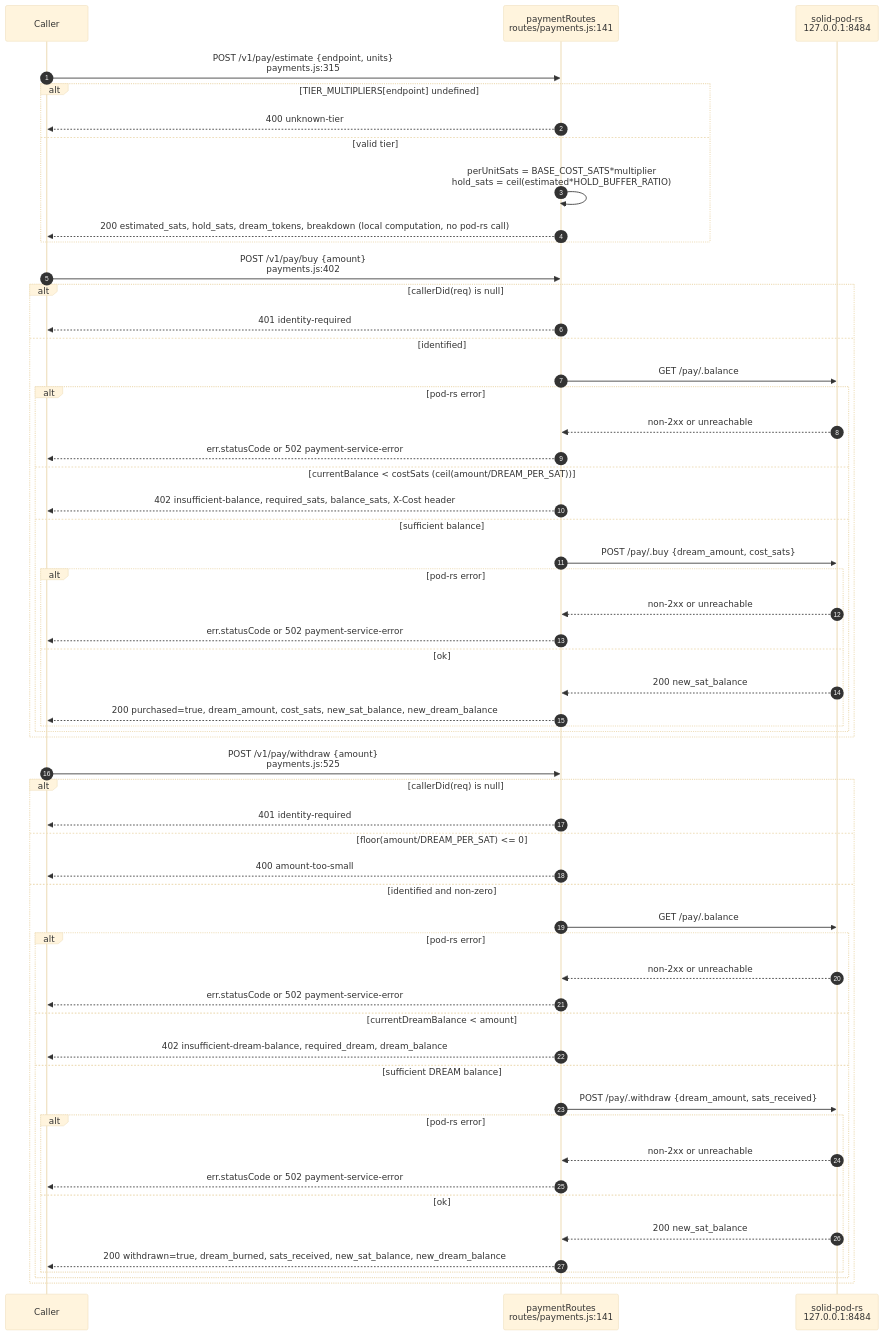
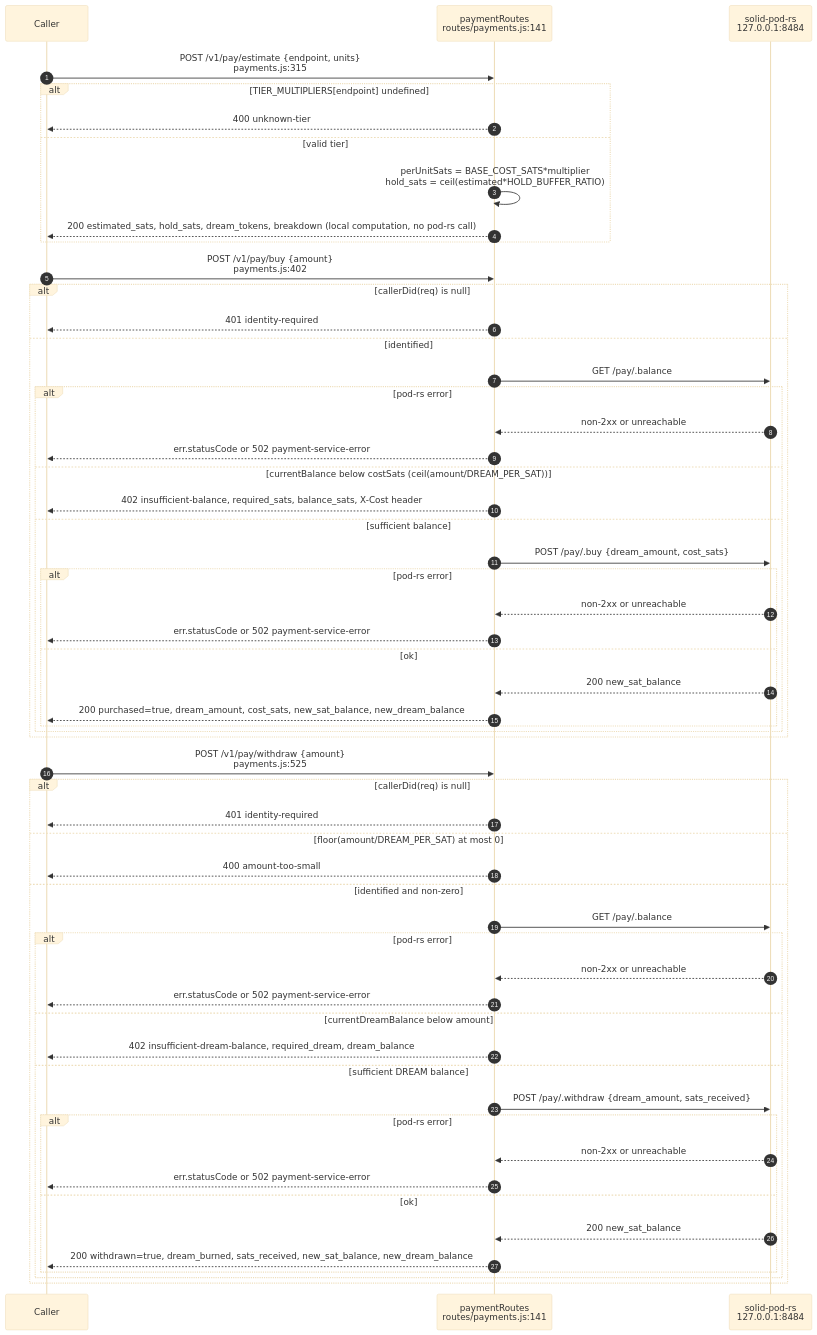
One commit to DreamLab-AI/VisionFlow changed the eighth of 15 diagrams in docs/diagrams/agentbox/15-capability-gating-spend-consultants.md. Above: the diagram before and after it, drawn with Mermaid (base theme). The commit also changed other lines of this file and 18 other files, not shown here.

First line of the commit message:
docs(diagrams): successor-only repair convention and aliases in the gate; external-triage corpus fixes and register rows

````diff
--- a/docs/diagrams/agentbox/15-capability-gating-spend-consultants.md
+++ b/docs/diagrams/agentbox/15-capability-gating-spend-consultants.md
@@ -378,61 +378,61 @@
 ```mermaid
 sequenceDiagram
     autonumber
     participant C as Caller
     participant R as paymentRoutes<br/>routes/payments.js:141
     participant Pod as solid-pod-rs<br/>127.0.0.1:8484
 
     C->>R: POST /v1/pay/estimate {endpoint, units}<br/>payments.js:315
-    alt TIER_MULTIPLIERS#91;endpoint#93; undefined
+    alt TIER_MULTIPLIERS[endpoint] undefined
         R-->>C: 400 unknown-tier
     else valid tier
-        R->>R: perUnitSats = BASE_COST_SATS*multiplier<br/>hold_sats = ceil#40;estimated*HOLD_BUFFER_RATIO#41;
-        R-->>C: 200 estimated_sats, hold_sats, dream_tokens, breakdown #40;local computation, no pod-rs call#41;
+        R->>R: perUnitSats = BASE_COST_SATS*multiplier<br/>hold_sats = ceil(estimated*HOLD_BUFFER_RATIO)
+        R-->>C: 200 estimated_sats, hold_sats, dream_tokens, breakdown (local computation, no pod-rs call)
     end
 
     C->>R: POST /v1/pay/buy {amount}<br/>payments.js:402
     alt callerDid(req) is null
         R-->>C: 401 identity-required
     else identified
         R->>Pod: GET /pay/.balance
         alt pod-rs error
             Pod-->>R: non-2xx or unreachable
             R-->>C: err.statusCode or 502 payment-service-error
-        else currentBalance #60; costSats #40;ceil#40;amount/DREAM_PER_SAT#41;#41;
+        else currentBalance below costSats (ceil(amount/DREAM_PER_SAT))
             R-->>C: 402 insufficient-balance, required_sats, balance_sats, X-Cost header
         else sufficient balance
             R->>Pod: POST /pay/.buy {dream_amount, cost_sats}
             alt pod-rs error
                 Pod-->>R: non-2xx or unreachable
                 R-->>C: err.statusCode or 502 payment-service-error
             else ok
                 Pod-->>R: 200 new_sat_balance
                 R-->>C: 200 purchased=true, dream_amount, cost_sats, new_sat_balance, new_dream_balance
             end
         end
     end
 
     C->>R: POST /v1/pay/withdraw {amount}<br/>payments.js:525
     alt callerDid(req) is null
         R-->>C: 401 identity-required
-    else floor#40;amount/DREAM_PER_SAT#41; #60;#61; 0
+    else floor(amount/DREAM_PER_SAT) at most 0
         R-->>C: 400 amount-too-small
     else identified and non-zero
         R->>Pod: GET /pay/.balance
         alt pod-rs error
             Pod-->>R: non-2xx or unreachable
             R-->>C: err.statusCode or 502 payment-service-error
-        else currentDreamBalance #60; amount
+        else currentDreamBalance below amount
             R-->>C: 402 insufficient-dream-balance, required_dream, dream_balance
         else sufficient DREAM balance
             R->>Pod: POST /pay/.withdraw {dream_amount, sats_received}
             alt pod-rs error
                 Pod-->>R: non-2xx or unreachable
                 R-->>C: err.statusCode or 502 payment-service-error
             else ok
                 Pod-->>R: 200 new_sat_balance
                 R-->>C: 200 withdrawn=true, dream_burned, sats_received, new_sat_balance, new_dream_balance
             end
         end
     end
 ```
````
